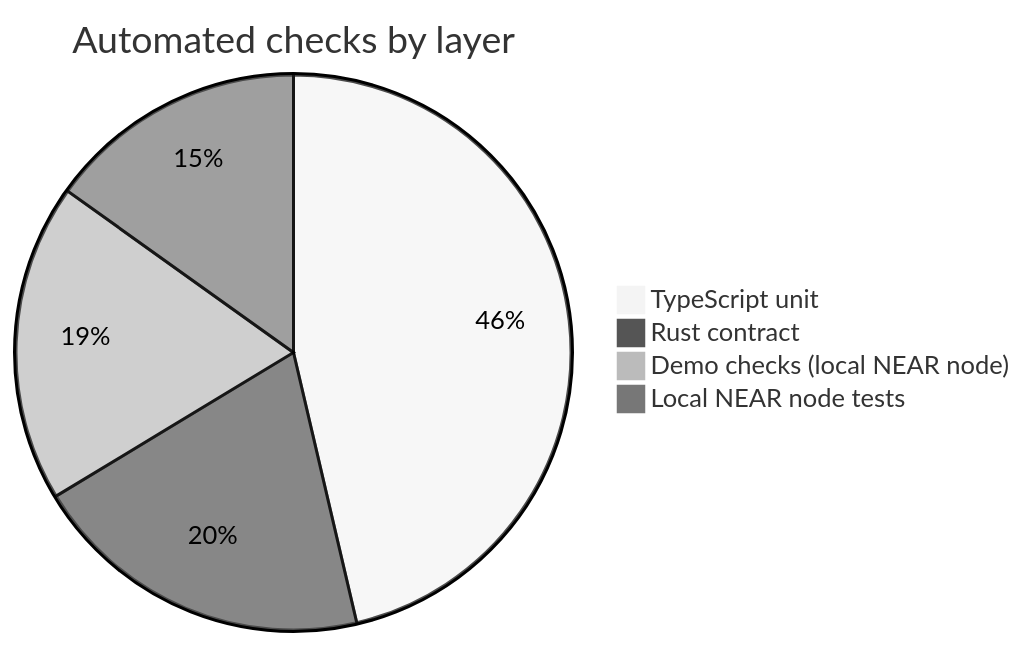
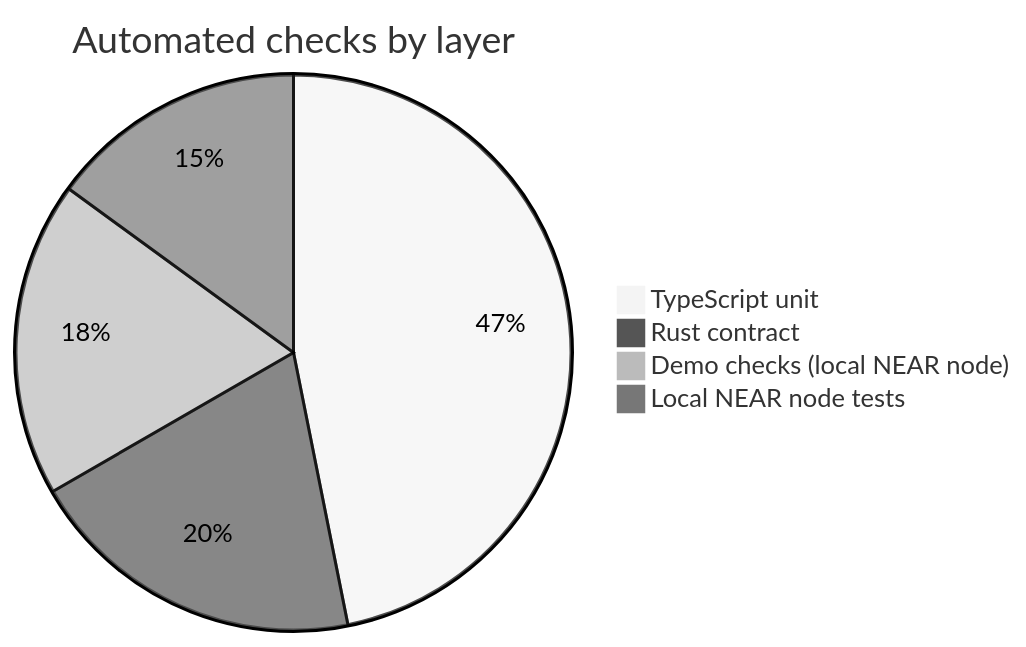
Before and after one commit to Timioni001/cascade: the sixth of 6 diagrams in README.md, drawn with Mermaid. The commit also changed other lines of this file and 11 other files, not shown here.

````diff
--- a/README.md
+++ b/README.md
@@ -365,8 +385,8 @@
 ```mermaid
 %%{init: {"theme": "neutral"}}%%
 pie title Automated checks by layer
-    "TypeScript unit" : 95
+    "TypeScript unit" : 97
     "Rust contract" : 41
     "Demo checks (local NEAR node)" : 38
     "Local NEAR node tests" : 31
 ```
````
